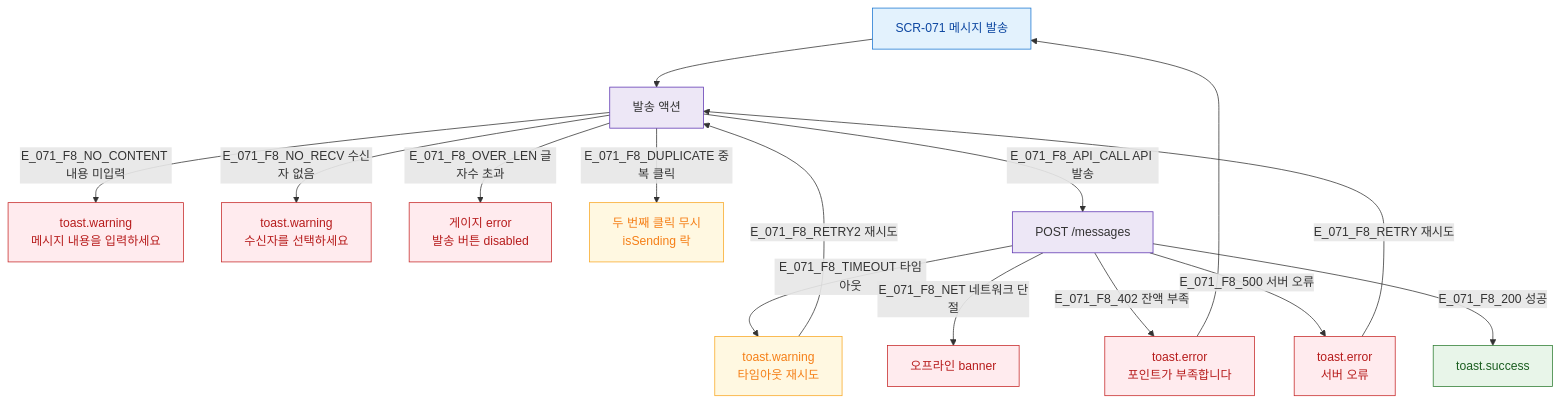
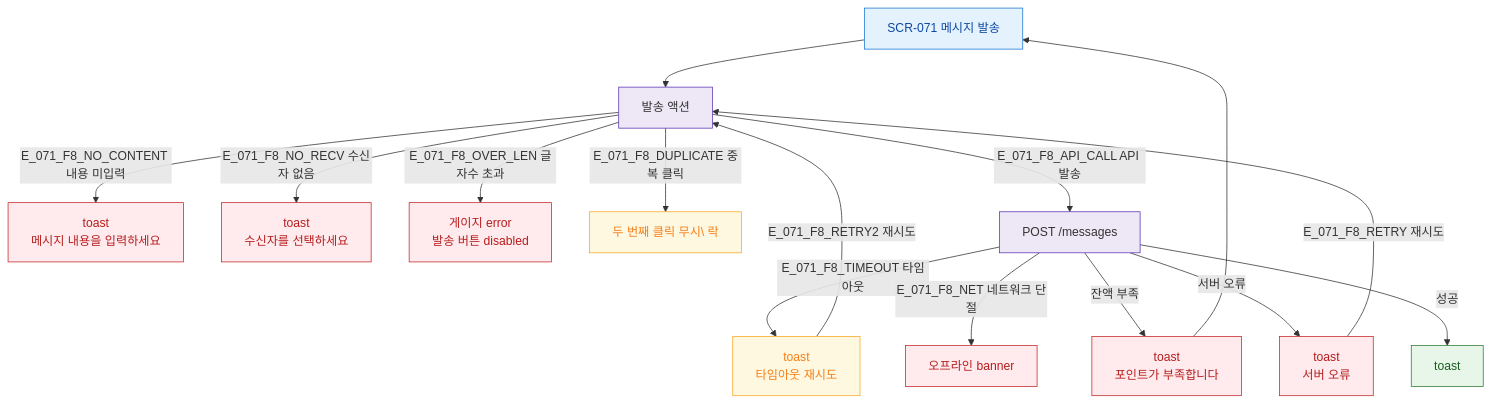
The diagram in docs/다이어그램/D08_마케팅/SCR-071_메시지발송/F8_에러예외.md (dev-spogym/admin-pando), drawn with Mermaid before and after one commit. The commit also changed other lines of this file and 1660 other files, not shown here.

First line of the commit message:
다이어그램: 기획자/클라이언트 납품본으로 정리

````diff
--- a/docs/다이어그램/D08_마케팅/SCR-071_메시지발송/F8_에러예외.md
+++ b/docs/다이어그램/D08_마케팅/SCR-071_메시지발송/F8_에러예외.md
@@ -22,32 +20,32 @@
 ```mermaid
 flowchart TD
   SCR_071[SCR-071 메시지 발송] --> ACT[발송 액션]
 
-  ACT -->|E_071_F8_NO_CONTENT 내용 미입력| ERR_CONTENT[toast.warning\n메시지 내용을 입력하세요]
-  ACT -->|E_071_F8_NO_RECV 수신자 없음| ERR_RECV[toast.warning\n수신자를 선택하세요]
-  ACT -->|E_071_F8_OVER_LEN 글자수 초과| ERR_LEN[게이지 error\n발송 버튼 disabled]
-  ACT -->|E_071_F8_DUPLICATE 중복 클릭| ERR_DUP[두 번째 클릭 무시\nisSending 락]
+  ACT -->|E_071_F8_NO_CONTENT 내용 미입력|ERR_CONTENT[toast\n메시지 내용을 입력하세요]
+  ACT -->|E_071_F8_NO_RECV 수신자 없음|ERR_RECV[toast\n수신자를 선택하세요]
+  ACT -->|E_071_F8_OVER_LEN 글자수 초과|ERR_LEN[게이지 error\n발송 버튼 disabled]
+  ACT -->|E_071_F8_DUPLICATE 중복 클릭|ERR_DUP[두 번째 클릭 무시\ 락]
 
-  ACT -->|E_071_F8_API_CALL API 발송| API[POST /messages]
-  API -->|E_071_F8_200 성공| SUCCESS[toast.success]
-  API -->|E_071_F8_402 잔액 부족| ERR_BALANCE[toast.error\n포인트가 부족합니다]
-  API -->|E_071_F8_500 서버 오류| ERR_SERVER[toast.error\n서버 오류]
-  API -->|E_071_F8_TIMEOUT 타임아웃| ERR_TIMEOUT[toast.warning\n타임아웃 재시도]
-  API -->|E_071_F8_NET 네트워크 단절| ERR_NET[오프라인 banner]
+  ACT -->|E_071_F8_API_CALL API 발송|API[POST /messages]
+  API -->|성공|SUCCESS[toast]
+  API -->|잔액 부족|ERR_BALANCE[toast\n포인트가 부족합니다]
+  API -->|서버 오류|ERR_SERVER[toast\n서버 오류]
+  API -->|E_071_F8_TIMEOUT 타임아웃|ERR_TIMEOUT[toast\n타임아웃 재시도]
+  API -->|E_071_F8_NET 네트워크 단절|ERR_NET[오프라인 banner]
 
   ERR_BALANCE --> SCR_071
-  ERR_SERVER -->|E_071_F8_RETRY 재시도| ACT
-  ERR_TIMEOUT -->|E_071_F8_RETRY2 재시도| ACT
+  ERR_SERVER -->|E_071_F8_RETRY 재시도|ACT
+  ERR_TIMEOUT -->|E_071_F8_RETRY2 재시도|ACT
 
-  classDef screen      fill:#E3F2FD,stroke:#1976D2,color:#0D47A1
-  classDef error       fill:#FFEBEE,stroke:#C62828,color:#B71C1C
-  classDef success     fill:#E8F5E9,stroke:#2E7D32,color:#1B5E20
-  classDef warning     fill:#FFF8E1,stroke:#F9A825,color:#F57F17
-  classDef system      fill:#EDE7F6,stroke:#5E35B2
+  classDef screen fill:#E3F2FD,stroke:#1976D2,color:#0D47A1
+  classDef error fill:#FFEBEE,stroke:#C62828,color:#B71C1C
+  classDef success fill:#E8F5E9,stroke:#2E7D32,color:#1B5E20
+  classDef warning fill:#FFF8E1,stroke:#F9A825,color:#F57F17
+  classDef system fill:#EDE7F6,stroke:#5E35B2
 
   class SCR_071 screen
   class ERR_CONTENT,ERR_RECV,ERR_LEN,ERR_BALANCE,ERR_SERVER,ERR_NET error
   class SUCCESS success
   class ERR_DUP,ERR_TIMEOUT warning
   class API,ACT system
 ```
````
